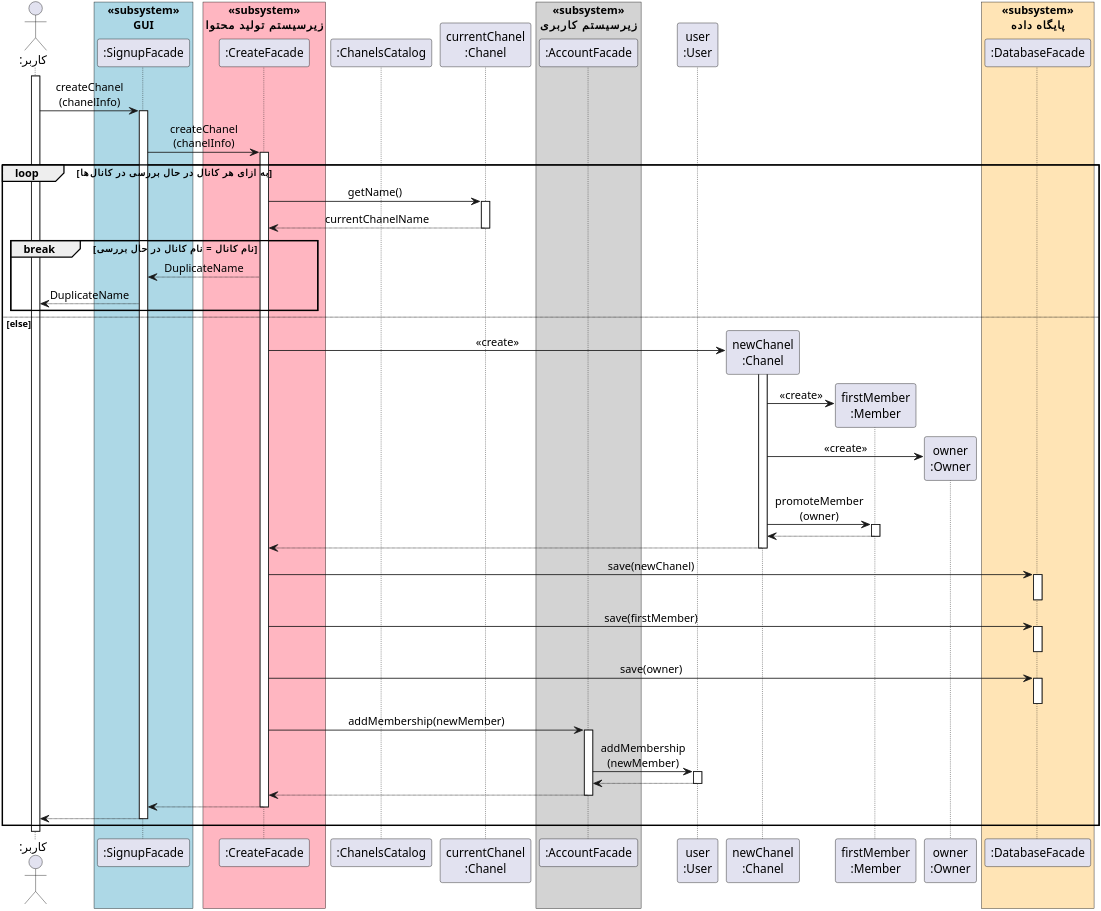
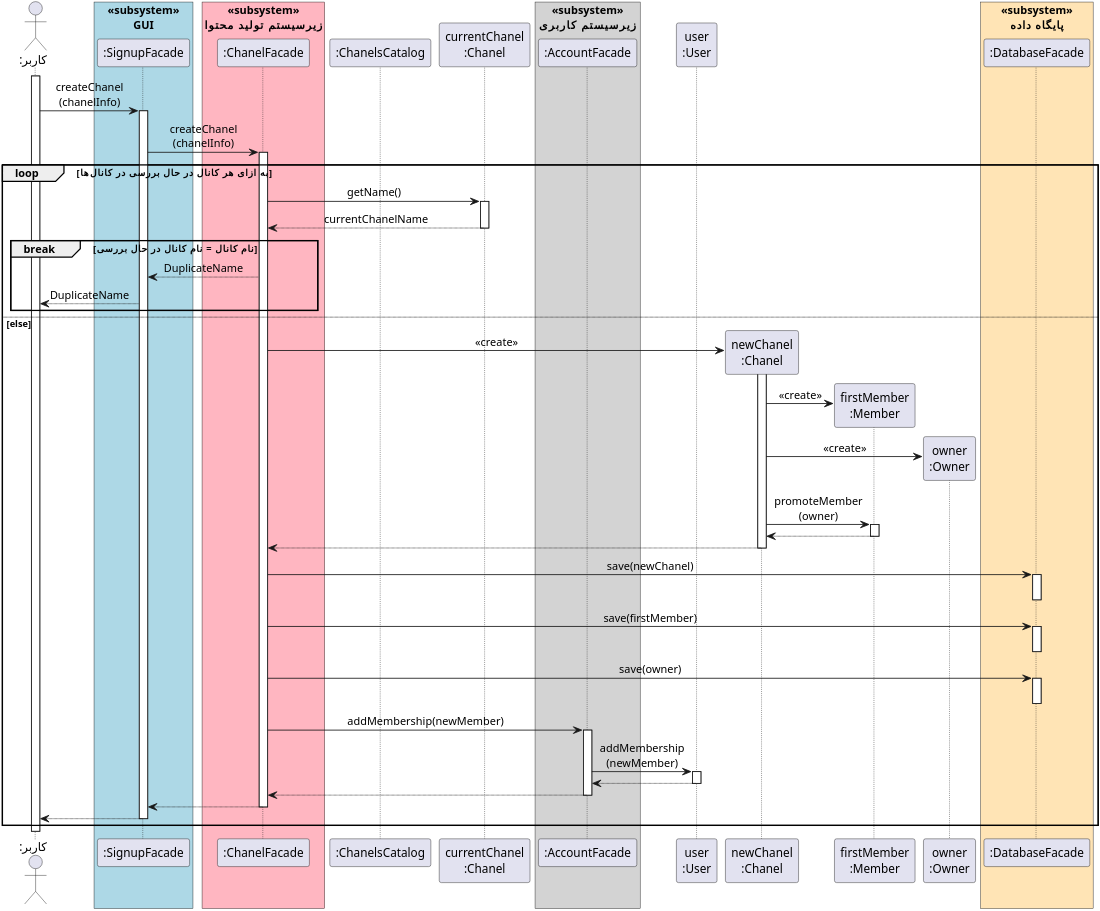
One commit to soleyman79/Qasedak changed the diagram in Diagrams/Design Sequence/CreateChanel.puml. Above: the diagram before and after it, drawn with PlantUML.

```diff
--- a/Diagrams/Design Sequence/CreateChanel.puml
+++ b/Diagrams/Design Sequence/CreateChanel.puml
@@ -1,82 +1,82 @@
 @startuml create_chanel
 
 
 scale 4
 skinparam DefaultFontName Vazir
 skinparam DefaultTextAlignment center
 
  
 actor ":کاربر" as user
 box "«subsystem»\nGUI" #LightBlue
 participant ":SignupFacade" as ui
 end box
 box "«subsystem»\nزیرسیستم تولید محتوا" #LightPink
-participant ":CreateFacade" as createFacade
+participant ":ChanelFacade" as chanelFacade
 end box
 participant ":ChanelsCatalog" as chanels
 participant "currentChanel\n:Chanel" as currentChanel
 box "«subsystem»\nزیرسیستم کاربری" #LightGray
 participant ":AccountFacade" as accountFacade
 end box
 participant "user\n:User" as userObj
 participant "newChanel\n:Chanel" as newChanel
 participant "firstMember\n:Member" as firstMember
 participant "owner\n:Owner" as owner
 box "«subsystem»\nپایگاه داده" #Moccasin
 participant ":DatabaseFacade" as db
 end box
 
 
 activate user
 user -> ui: createChanel\n(chanelInfo)
 activate ui
-ui -> createFacade: createChanel\n(chanelInfo)
-activate createFacade
+ui -> chanelFacade: createChanel\n(chanelInfo)
+activate chanelFacade
 loop به ازای هر کانال در حال بررسی در کانال‌ها
-    createFacade -> currentChanel: getName()
+    chanelFacade -> currentChanel: getName()
     activate currentChanel
-    currentChanel --> createFacade: currentChanelName
+    currentChanel --> chanelFacade: currentChanelName
     deactivate currentChanel
     break نام کانال = نام کانال در حال بررسی
-        createFacade --> ui: DuplicateName
+        chanelFacade --> ui: DuplicateName
         ui --> user: DuplicateName
     end
 else else
-    createFacade -> newChanel **: «create»
+    chanelFacade -> newChanel **: «create»
     activate newChanel
     newChanel -> firstMember ** : «create»
     newChanel -> owner ** : «create»
     newChanel -> firstMember : promoteMember\n(owner)
     activate firstMember
     firstMember --> newChanel
     deactivate firstMember
-    newChanel --> createFacade
+    newChanel --> chanelFacade
     deactivate newChanel
 
-    createFacade -> db: save(newChanel)
+    chanelFacade -> db: save(newChanel)
     activate db
     deactivate db
-    createFacade -> db: save(firstMember)
+    chanelFacade -> db: save(firstMember)
     activate db
     deactivate db
-    createFacade -> db: save(owner)
+    chanelFacade -> db: save(owner)
     activate db
     deactivate db
 
-    createFacade -> accountFacade: addMembership(newMember)
+    chanelFacade -> accountFacade: addMembership(newMember)
     activate accountFacade
     accountFacade -> userObj: addMembership\n(newMember)
     activate userObj
     userObj --> accountFacade
     deactivate userObj
-    accountFacade --> createFacade
+    accountFacade --> chanelFacade
     deactivate accountFacade
-    createFacade --> ui
-    deactivate createFacade
+    chanelFacade --> ui
+    deactivate chanelFacade
     ui --> user
     deactivate ui
 end
 deactivate user
 
 
 @enduml
```
